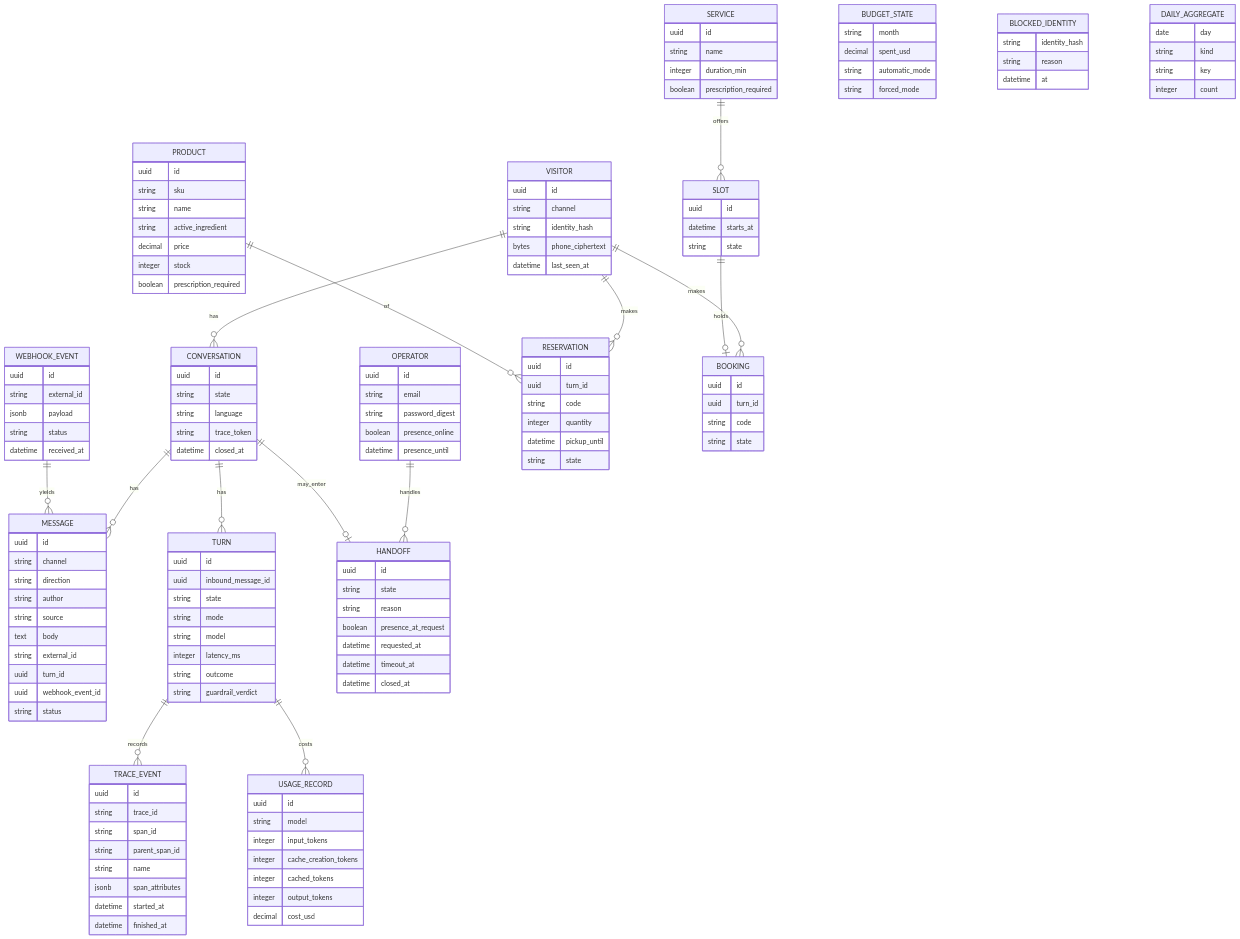
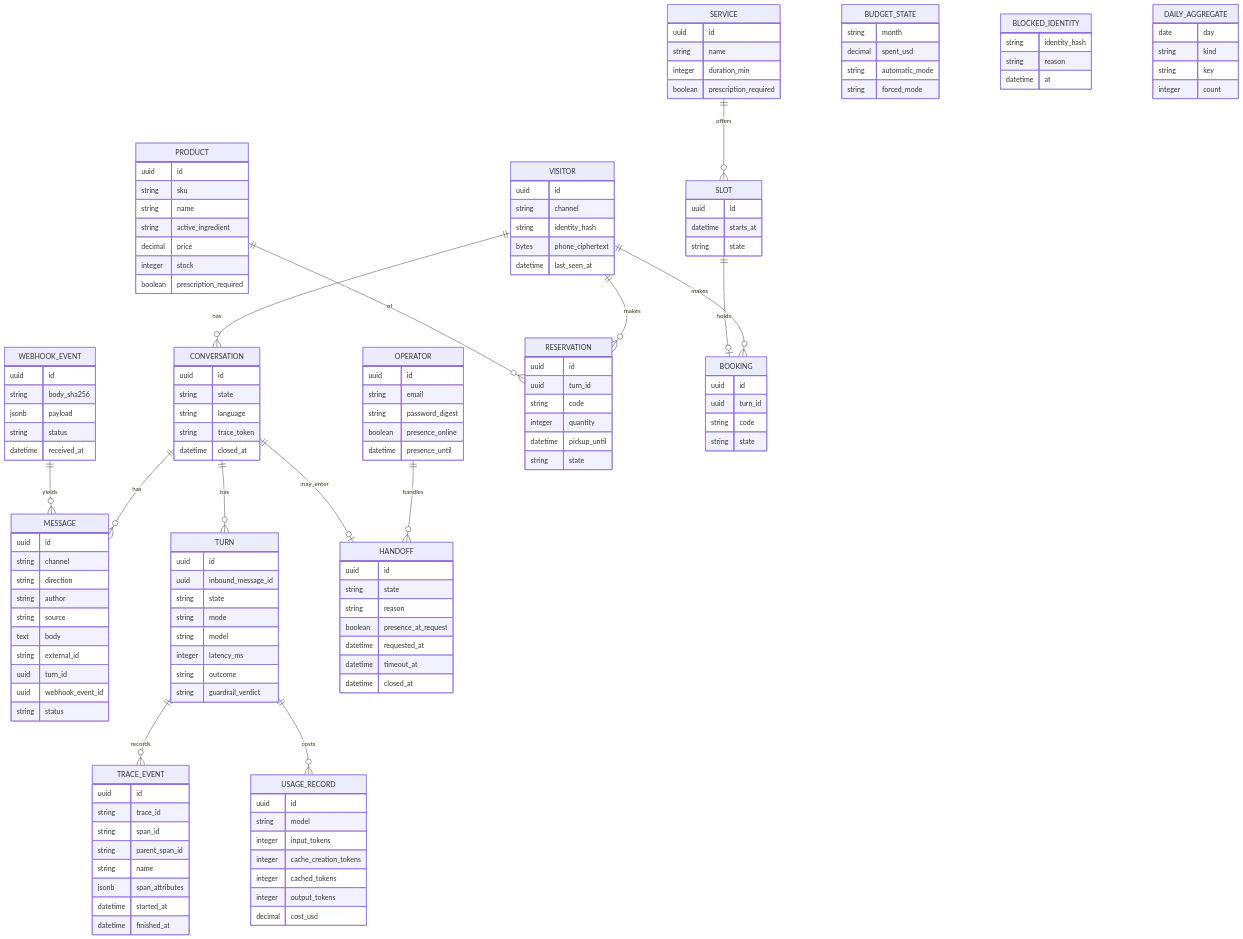
The third of 3 diagrams in docs/design.md (rafa-el-souza/balcao), drawn with Mermaid before and after one commit. The commit also changed other lines of this file and 6 other files, not shown here.

First line of the commit message:
fix(webhooks): key an event by its raw body's SHA-256, not a message id

```diff
--- a/docs/design.md
+++ b/docs/design.md
@@ -900,7 +903,7 @@
   }
   WEBHOOK_EVENT {
     uuid id
-    string external_id
+    string body_sha256
     jsonb payload
     string status
     datetime received_at
```
